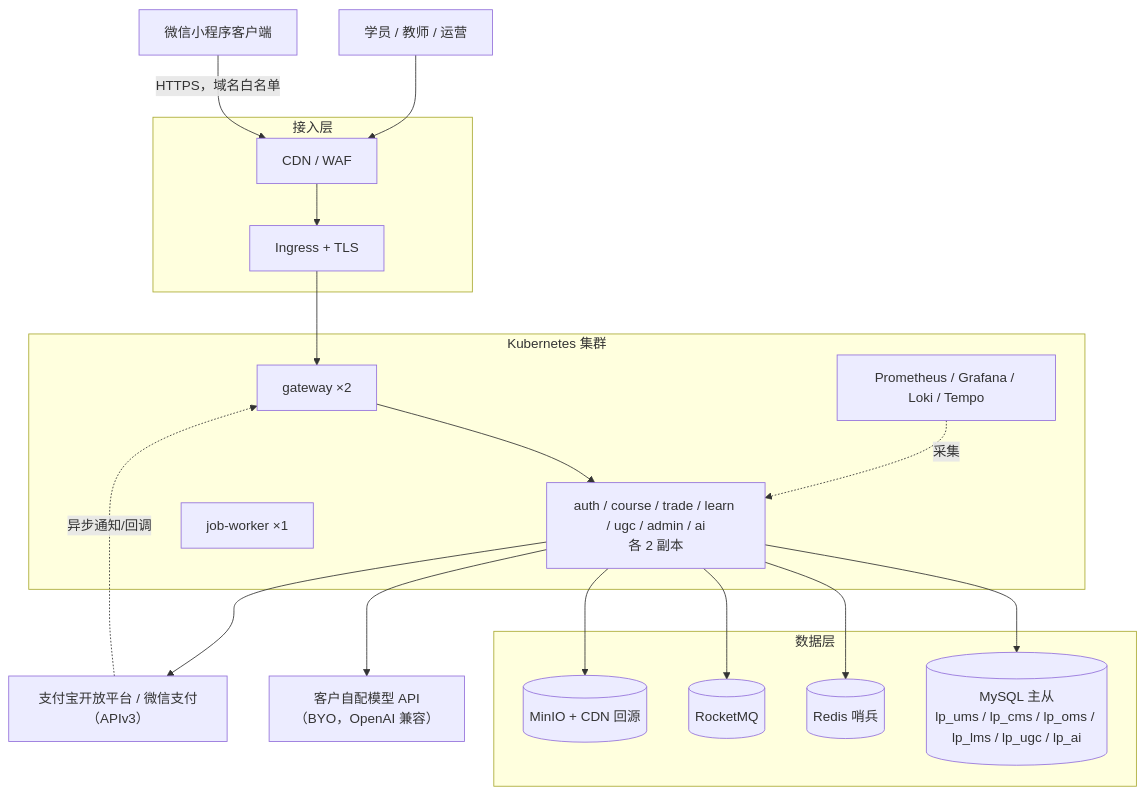
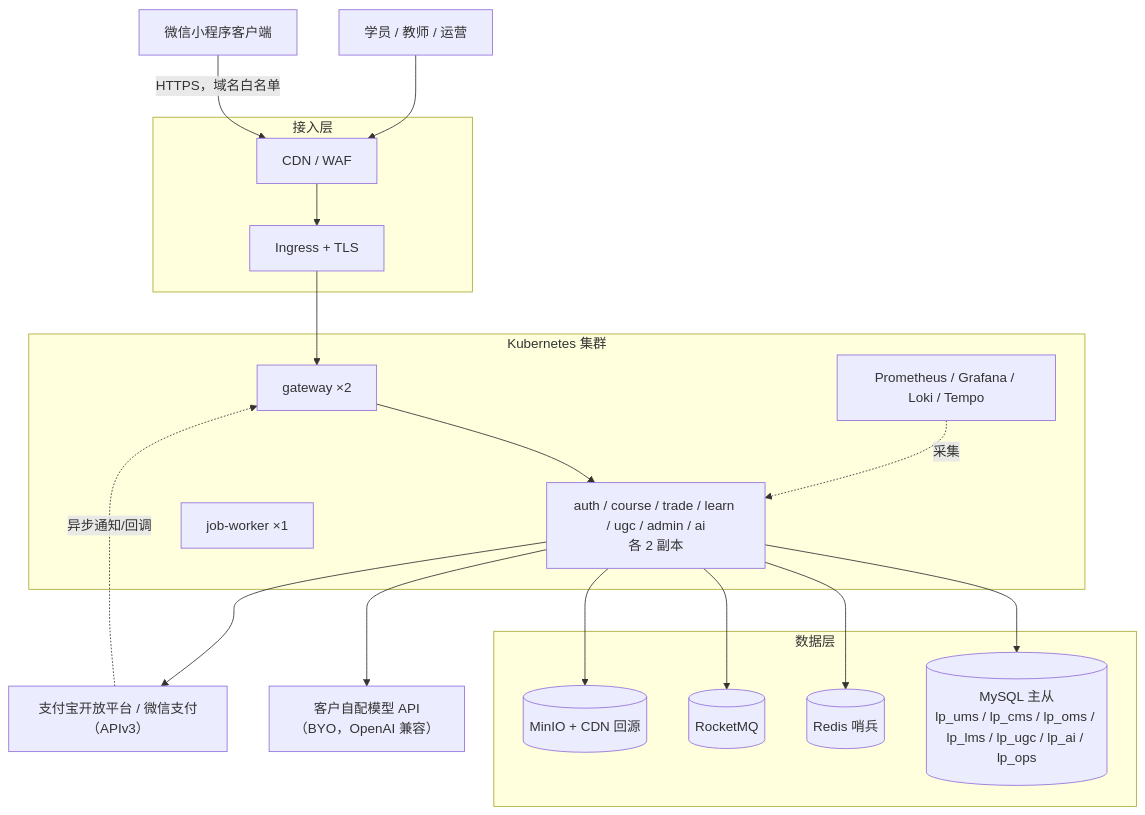
The fourth of 8 diagrams in docs/engineering-plan.md (HH112-ux/lesson-platform), drawn with Mermaid before and after one commit. The commit also changed other lines of this file and 2 other files, not shown here.

First line of the commit message:
docs: sync lp_ops naming across plan and local guide

````diff
--- a/docs/engineering-plan.md
+++ b/docs/engineering-plan.md
@@ -271,36 +271,36 @@
 ```mermaid
 flowchart TB
     subgraph EDGE["接入层"]
         CDN["CDN / WAF"]
         ING["Ingress + TLS"]
     end
 
     subgraph K8S["Kubernetes 集群"]
         GW["gateway ×2"]
         SVC["auth / course / trade / learn / ugc / admin / ai<br/>各 2 副本"]
         JOB["job-worker ×1"]
         OBS["Prometheus / Grafana / Loki / Tempo"]
     end
 
     subgraph DATA["数据层"]
-        MYSQL[("MySQL 主从<br/>lp_ums / lp_cms / lp_oms / lp_lms / lp_ugc / lp_ai")]
+        MYSQL[("MySQL 主从<br/>lp_ums / lp_cms / lp_oms / lp_lms / lp_ugc / lp_ai / lp_ops")]
         REDIS[("Redis 哨兵")]
         MQ[("RocketMQ")]
         MINIO[("MinIO + CDN 回源")]
     end
 
     EXT["客户自配模型 API<br/>（BYO，OpenAI 兼容）"]
     PAY["支付宝开放平台 / 微信支付（APIv3）"]
 
     Mini["微信小程序客户端"]
     User["学员 / 教师 / 运营"] --> CDN --> ING --> GW --> SVC
     Mini -->|HTTPS，域名白名单| CDN
     SVC --> MYSQL
     SVC --> REDIS
     SVC --> MQ
     SVC --> MINIO
     SVC --> EXT
     SVC --> PAY
     PAY -.异步通知/回调.-> GW
     OBS -.采集.-> SVC
 ```
````
